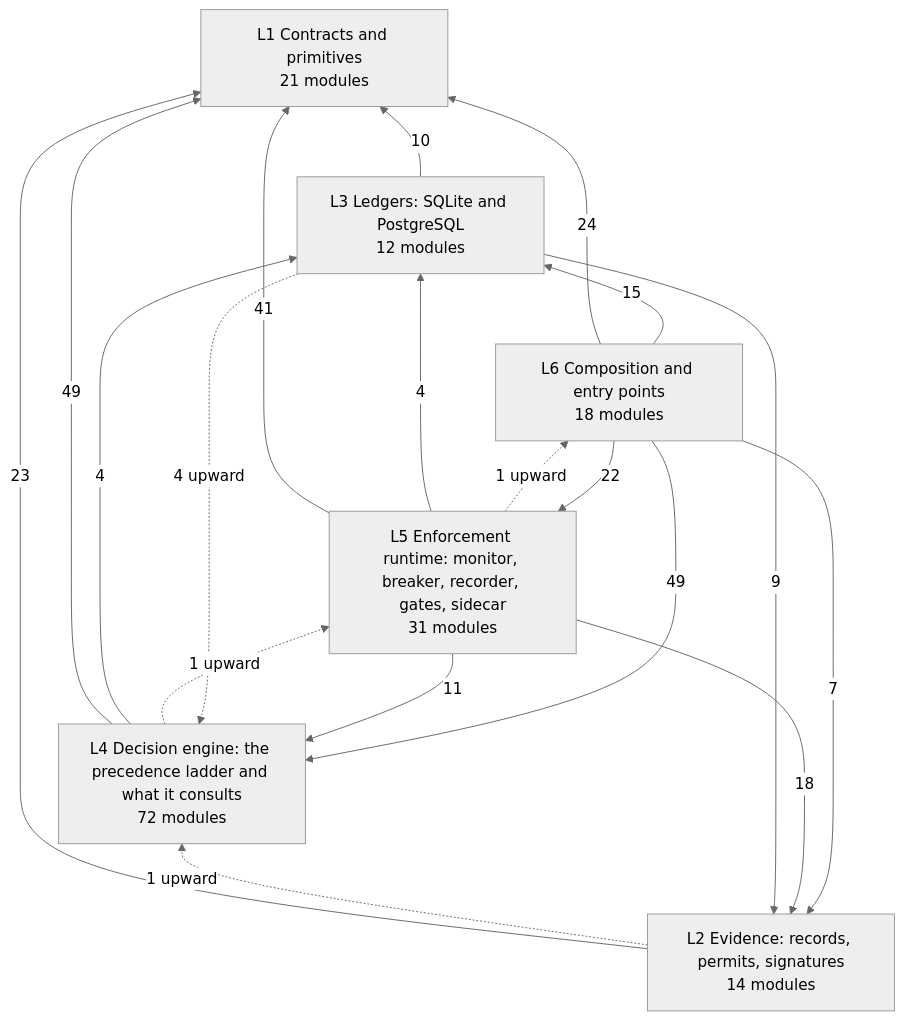
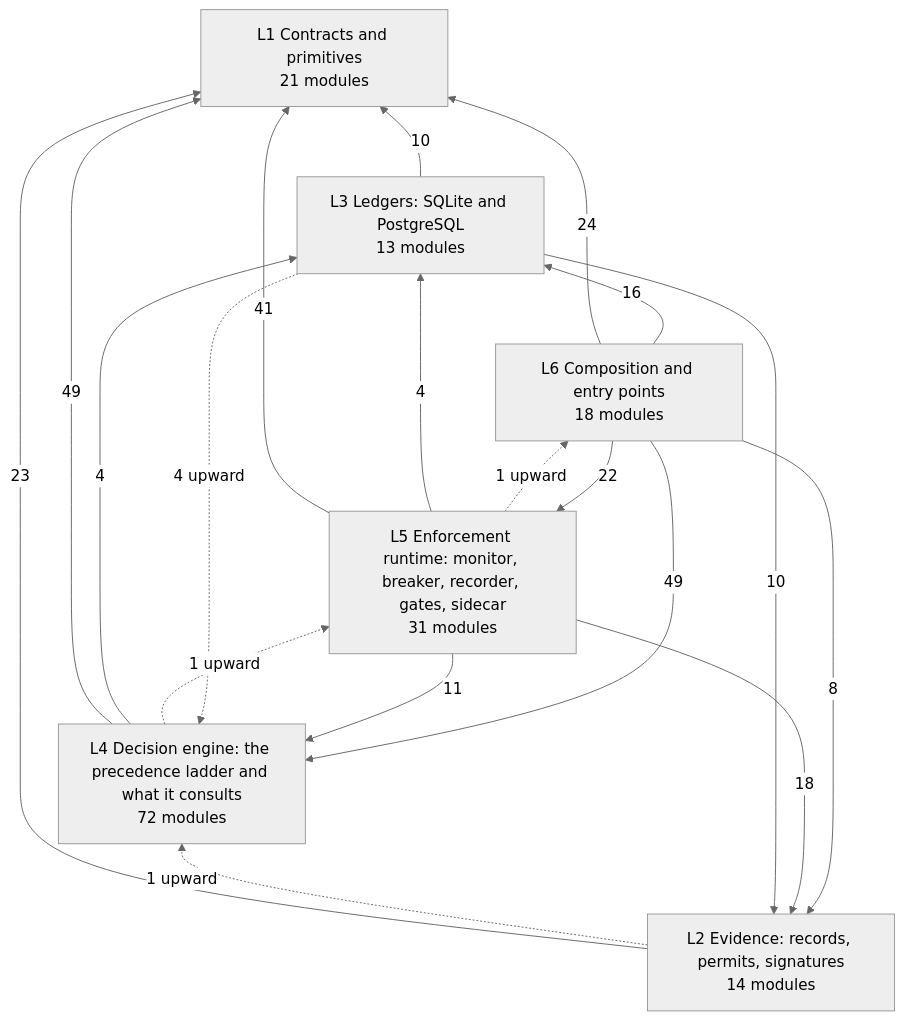
The diagram in docs/architecture/DEPENDENCIES.md (LOLA0786/privatevault-agent-dna), drawn with Mermaid (neutral theme) before and after one commit. The commit also changed other lines of this file and 18 other files, not shown here.

````diff
--- a/docs/architecture/DEPENDENCIES.md
+++ b/docs/architecture/DEPENDENCIES.md
@@ -12,27 +12,27 @@
 ```mermaid
 flowchart BT
   L1["L1 Contracts and primitives<br/>21 modules"]
   L2["L2 Evidence: records, permits, signatures<br/>14 modules"]
-  L3["L3 Ledgers: SQLite and PostgreSQL<br/>12 modules"]
+  L3["L3 Ledgers: SQLite and PostgreSQL<br/>13 modules"]
   L4["L4 Decision engine: the precedence ladder and what it consults<br/>72 modules"]
   L5["L5 Enforcement runtime: monitor, breaker, recorder, gates, sidecar<br/>31 modules"]
   L6["L6 Composition and entry points<br/>18 modules"]
   L2 -->|23| L1
   L3 -->|10| L1
-  L3 -->|9| L2
+  L3 -->|10| L2
   L4 -->|49| L1
   L4 -->|4| L3
   L5 -->|41| L1
   L5 -->|18| L2
   L5 -->|4| L3
   L5 -->|11| L4
   L6 -->|24| L1
-  L6 -->|7| L2
-  L6 -->|15| L3
+  L6 -->|8| L2
+  L6 -->|16| L3
   L6 -->|49| L4
   L6 -->|22| L5
   L2 -.->|1 upward| L4
   L3 -.->|4 upward| L4
   L4 -.->|1 upward| L5
   L5 -.->|1 upward| L6
 ```
````
